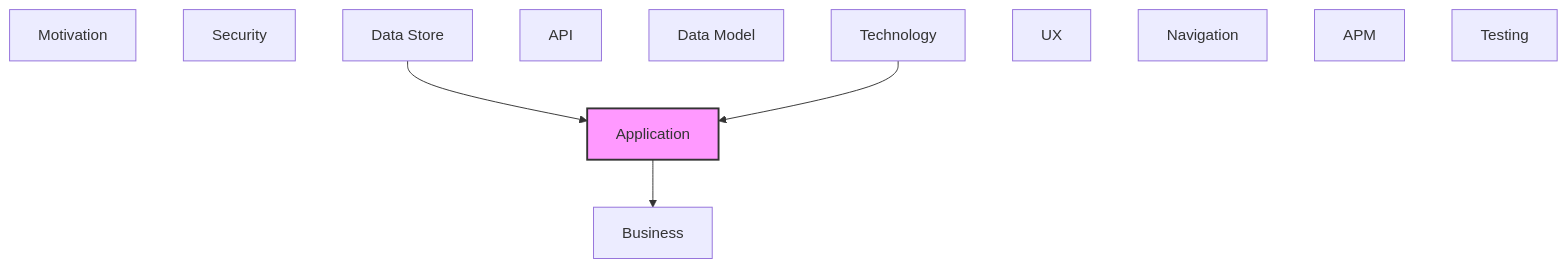
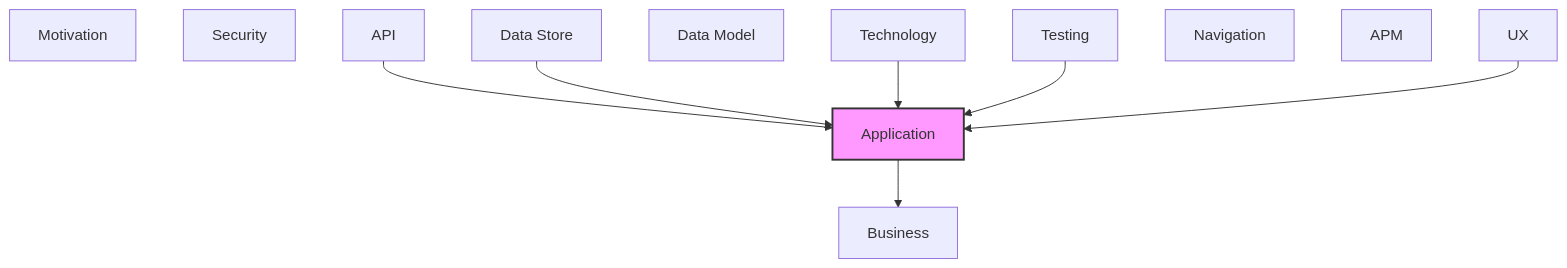
Before and after one commit to tinkermonkey/context-studio: the diagram in documentation-robotics/reports/04-application-layer-report.md, drawn with Mermaid. The commit also changed other lines of this file and 37 other files, not shown here.

````diff
--- a/documentation-robotics/reports/04-application-layer-report.md
+++ b/documentation-robotics/reports/04-application-layer-report.md
@@ -73,20 +77,23 @@
 ```mermaid
 flowchart TB
   classDef current fill:#f9f,stroke:#333,stroke-width:2px
   motivation["Motivation"]
   business["Business"]
   security["Security"]
   application["Application"]
   technology["Technology"]
   api["API"]
   data_model["Data Model"]
   data_store["Data Store"]
   ux["UX"]
   navigation["Navigation"]
   apm["APM"]
   testing["Testing"]
+  api --> application
   application --> business
   data_store --> application
   technology --> application
+  testing --> application
+  ux --> application
   class application current
 ```
````
